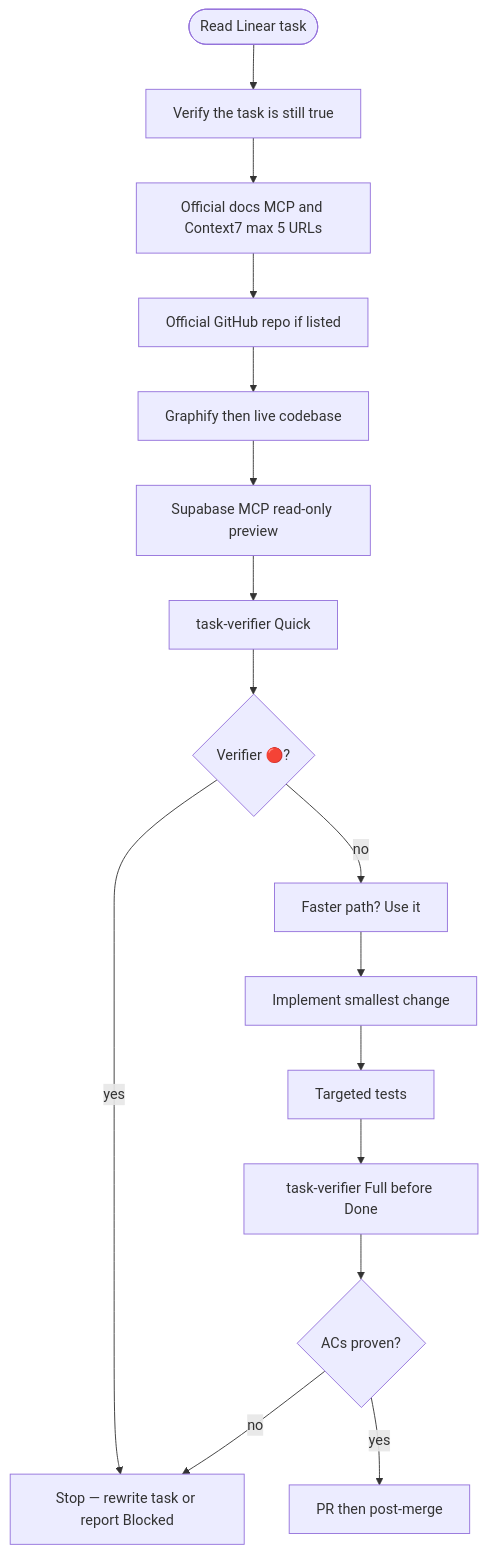
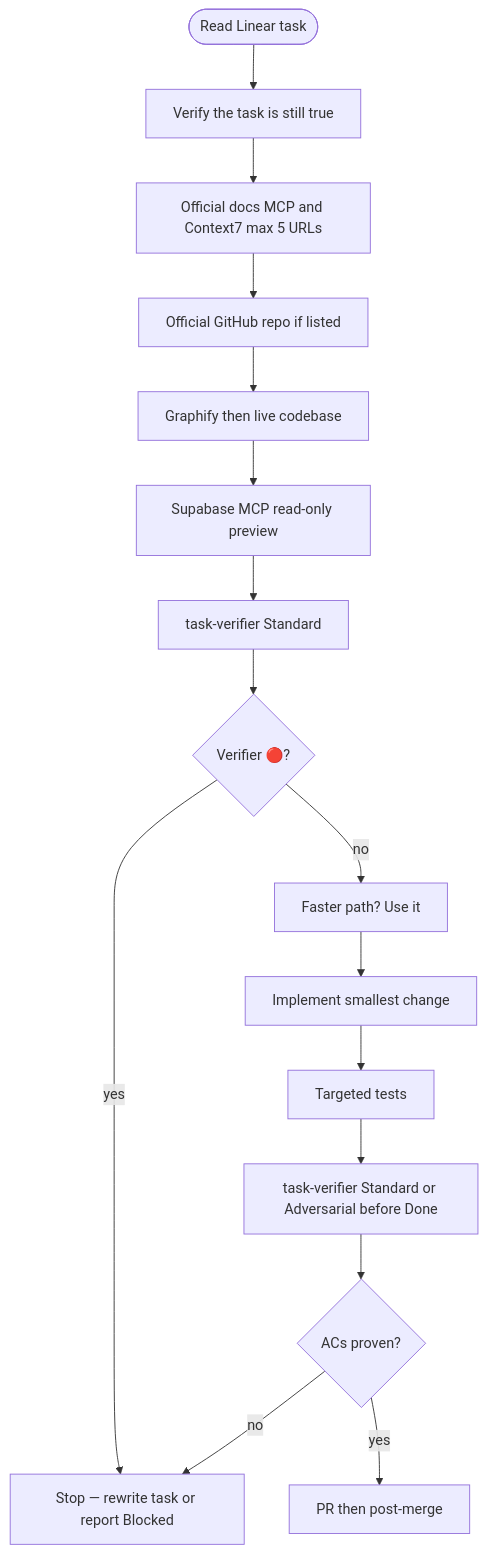
The first of 2 diagrams in docs/linear/linear-format.md (amoai-tech/ipixai), drawn with Mermaid before and after one commit. The commit also changed other lines of this file and 10 other files, not shown here.

Commit message:
IPI-1185 · MIGRATE-TEMPLATE — add adversarial task verification

````diff
--- a/docs/linear/linear-format.md
+++ b/docs/linear/linear-format.md
@@ -16,18 +16,18 @@
 ```mermaid
 flowchart TD
     start([Read Linear task]) --> verify[Verify the task is still true]
     verify --> docs[Official docs MCP and Context7 max 5 URLs]
     docs --> gh[Official GitHub repo if listed]
     gh --> code[Graphify then live codebase]
     code --> supa[Supabase MCP read-only preview]
-    supa --> tv[task-verifier Quick]
+    supa --> tv[task-verifier Standard]
     tv --> gate{Verifier 🔴?}
     gate -->|yes| stop[Stop — rewrite task or report Blocked]
     gate -->|no| fastest[Faster path? Use it]
     fastest --> impl[Implement smallest change]
     impl --> tests[Targeted tests]
-    tests --> tvfull[task-verifier Full before Done]
+    tests --> tvfull[task-verifier Standard or Adversarial before Done]
     tvfull --> done{ACs proven?}
     done -->|no| stop
     done -->|yes| ship[PR then post-merge]
 ```
````
